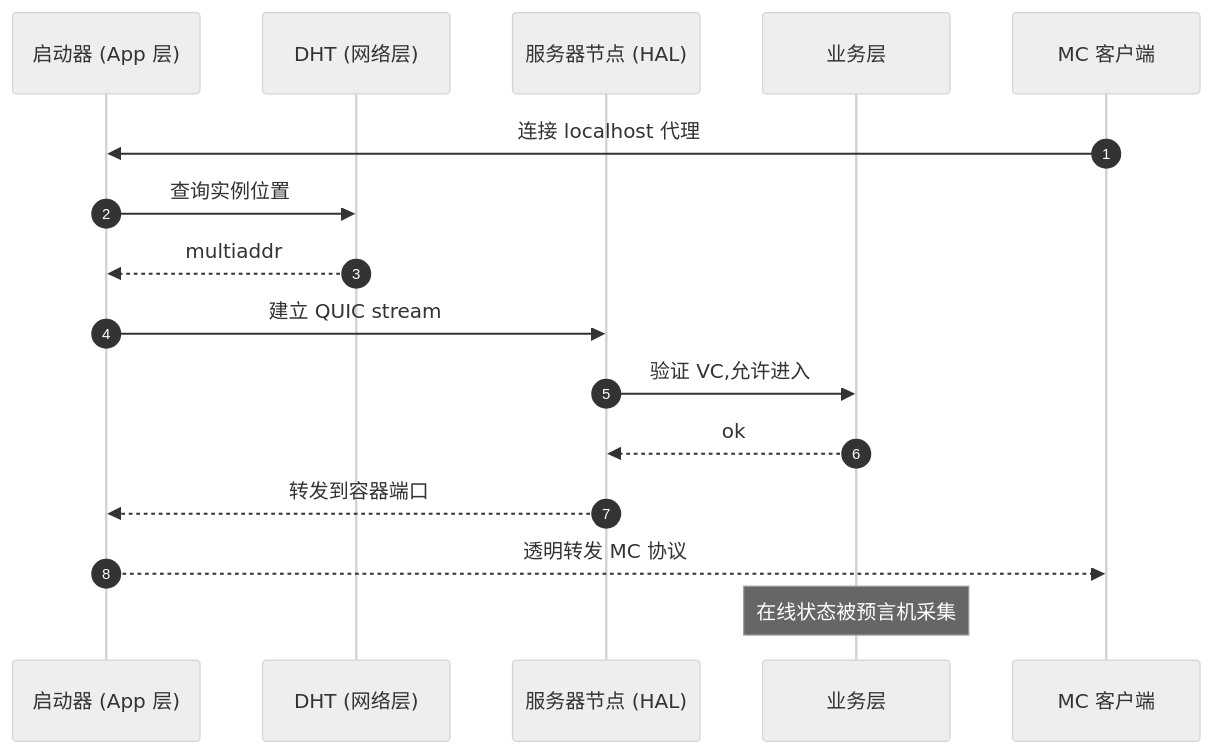
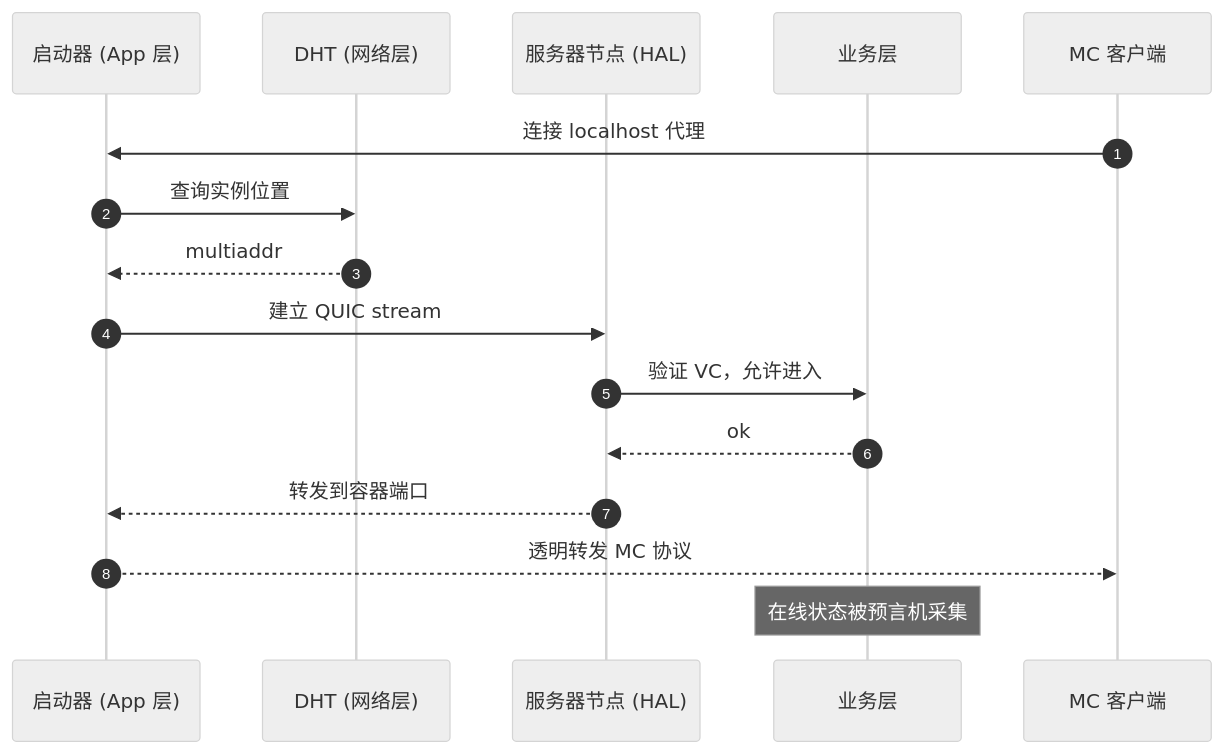
Before and after one commit to JLUCraft/docs: the second of 2 diagrams in pages/design/overview.md, drawn with Mermaid (neutral theme). The commit also changed other lines of this file and 23 other files, not shown here.

````diff
--- a/pages/design/overview.md
+++ b/pages/design/overview.md
@@ -53,19 +53,19 @@
 ```mermaid
 sequenceDiagram
     autonumber
     participant L as 启动器 (App 层)
     participant DHT as DHT (网络层)
     participant S as 服务器节点 (HAL)
     participant Biz as 业务层
     participant MC as MC 客户端
 
     MC->>L: 连接 localhost 代理
     L->>DHT: 查询实例位置
     DHT-->>L: multiaddr
     L->>S: 建立 QUIC stream
-    S->>Biz: 验证 VC,允许进入
+    S->>Biz: 验证 VC，允许进入
     Biz-->>S: ok
     S-->>L: 转发到容器端口
     L-->>MC: 透明转发 MC 协议
     Note over Biz: 在线状态被预言机采集
 ```
````
